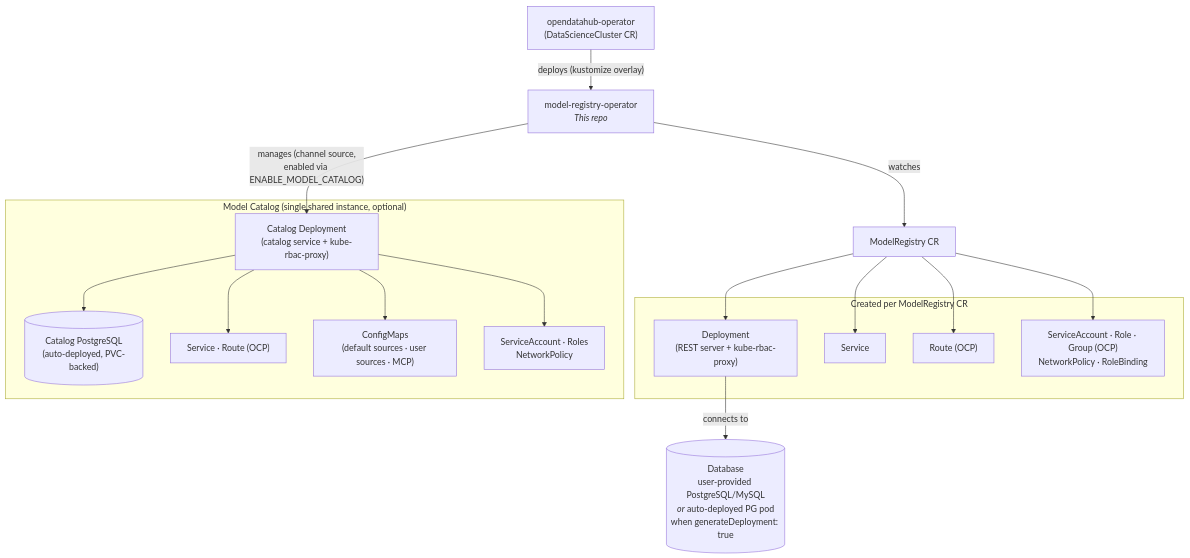
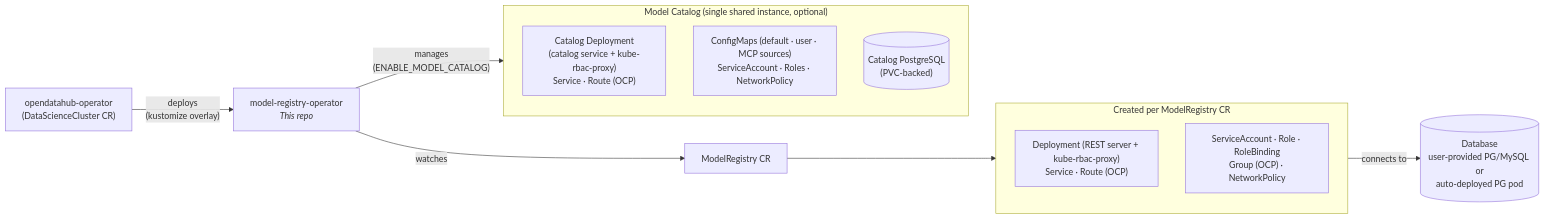
Before and after one commit to opendatahub-io/model-registry-operator: the diagram in AGENTS.md, drawn with Mermaid.

Commit message:
docs: compact architecture diagram layout
Switch to graph LR with grouped nodes to reduce width.

````diff
--- a/AGENTS.md
+++ b/AGENTS.md
@@ -57,32 +57,25 @@
 ```mermaid
-graph TD
-    ODH["opendatahub-operator<br/>(DataScienceCluster CR)"]
-    MRO["model-registry-operator<br/><i>This repo</i>"]
-    CR["ModelRegistry CR"]
+graph LR
+    ODH["opendatahub-operator<br/>(DataScienceCluster CR)"] -->|"deploys<br/>(kustomize overlay)"| MRO
 
-    ODH -->|"deploys (kustomize overlay)"| MRO
-    MRO -->|watches| CR
+    MRO["model-registry-operator<br/><i>This repo</i>"] -->|watches| CR["ModelRegistry CR"]
 
-    subgraph "Created per ModelRegistry CR"
-        DEP["Deployment<br/>(REST server + kube-rbac-proxy)"]
-        SVC[Service]
-        RT["Route (OCP)"]
-        MISC["ServiceAccount · Role · Group (OCP)<br/>NetworkPolicy · RoleBinding"]
+    CR --> MR_RES
+
+    subgraph MR_RES ["Created per ModelRegistry CR"]
+        direction TB
+        DEP["Deployment (REST server + kube-rbac-proxy)<br/>Service · Route (OCP)"]
+        AUTH["ServiceAccount · Role · RoleBinding<br/>Group (OCP) · NetworkPolicy"]
     end
 
-    CR --> DEP & SVC & RT & MISC
+    DEP -->|connects to| DB[("Database<br/>user-provided PG/MySQL or<br/>auto-deployed PG pod")]
 
-    DB[("Database<br/>user-provided PostgreSQL/MySQL<br/><i>or</i> auto-deployed PG pod<br/>when generateDeployment: true")]
-    DEP -->|connects to| DB
+    MRO -->|"manages<br/>(ENABLE_MODEL_CATALOG)"| CAT
 
-    subgraph "Model Catalog (single shared instance, optional)"
-        CAT_DEP["Catalog Deployment<br/>(catalog service + kube-rbac-proxy)"]
-        CAT_PG[("Catalog PostgreSQL<br/>(auto-deployed, PVC-backed)")]
-        CAT_SVC["Service · Route (OCP)"]
-        CAT_CFG["ConfigMaps<br/>(default sources · user sources · MCP)"]
-        CAT_MISC["ServiceAccount · Roles<br/>NetworkPolicy"]
+    subgraph CAT ["Model Catalog (single shared instance, optional)"]
+        direction TB
+        CAT_DEP["Catalog Deployment<br/>(catalog service + kube-rbac-proxy)<br/>Service · Route (OCP)"]
+        CAT_CFG["ConfigMaps (default · user · MCP sources)<br/>ServiceAccount · Roles · NetworkPolicy"]
+        CAT_PG[("Catalog PostgreSQL<br/>(PVC-backed)")]
     end
-
-    MRO -->|"manages (channel source,<br/>enabled via ENABLE_MODEL_CATALOG)"| CAT_DEP
-    CAT_DEP --> CAT_PG & CAT_SVC & CAT_CFG & CAT_MISC
 ```
````
